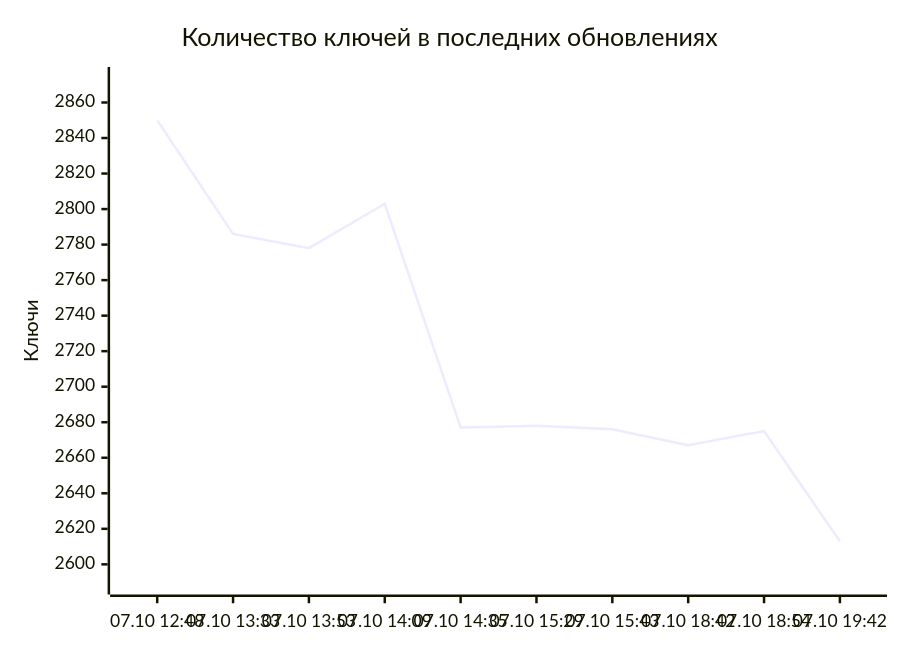
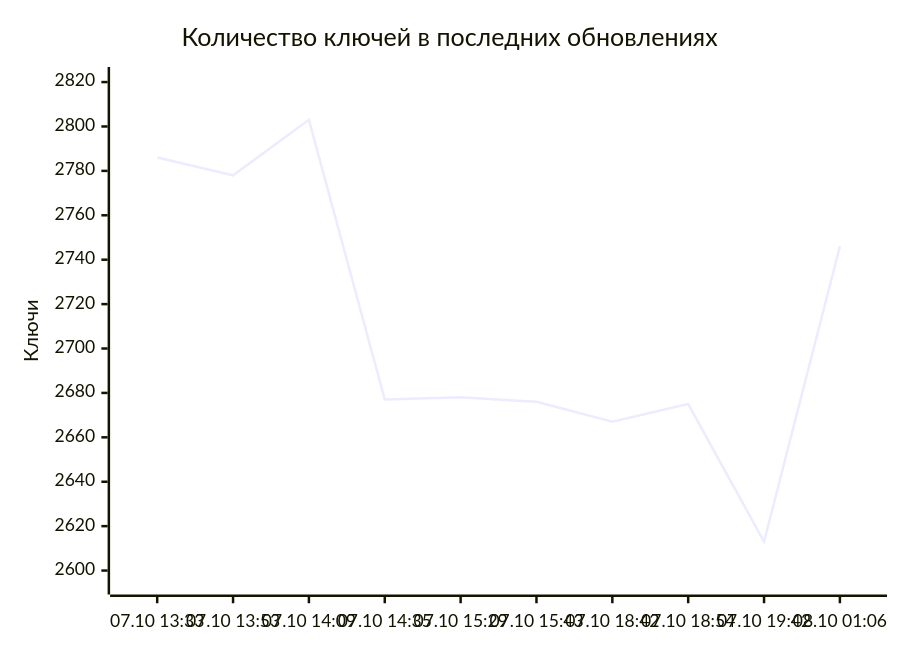
One commit to markKikhtenko/WireVeil changed the diagram in README.md. Above: the diagram before and after it, drawn with Mermaid. The commit also changed other lines of this file and 13 other files, not shown here.

````diff
--- a/README.md
+++ b/README.md
@@ -55,7 +55,7 @@
 ```mermaid
 xychart-beta
     title "Количество ключей в последних обновлениях"
-    x-axis ["07.10 12:48", "07.10 13:33", "07.10 13:53", "07.10 14:09", "07.10 14:35", "07.10 15:29", "07.10 15:43", "07.10 18:42", "07.10 18:54", "07.10 19:42"]
-    y-axis "Ключи" 2589 --> 2874
-    line [2850, 2786, 2778, 2803, 2677, 2678, 2676, 2667, 2675, 2613]
+    x-axis ["07.10 13:33", "07.10 13:53", "07.10 14:09", "07.10 14:35", "07.10 15:29", "07.10 15:43", "07.10 18:42", "07.10 18:54", "07.10 19:42", "08.10 01:06"]
+    y-axis "Ключи" 2594 --> 2822
+    line [2786, 2778, 2803, 2677, 2678, 2676, 2667, 2675, 2613, 2746]
 ```
````
